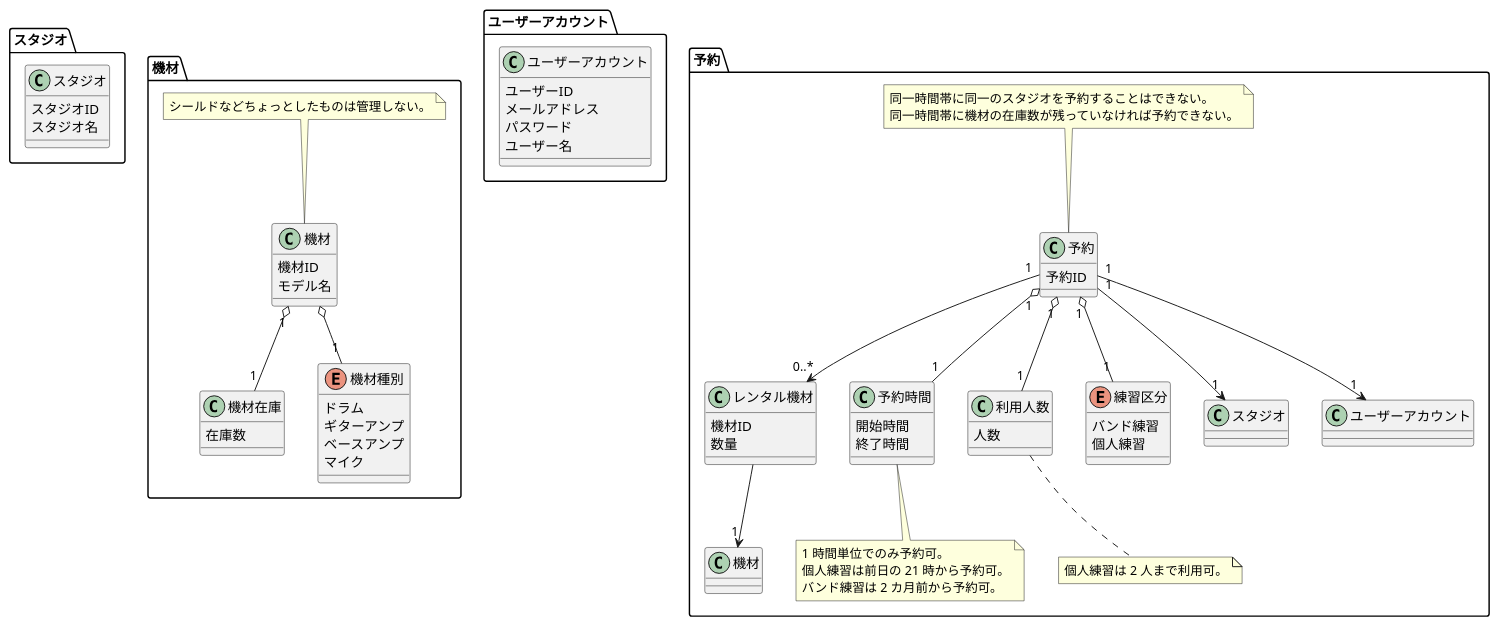
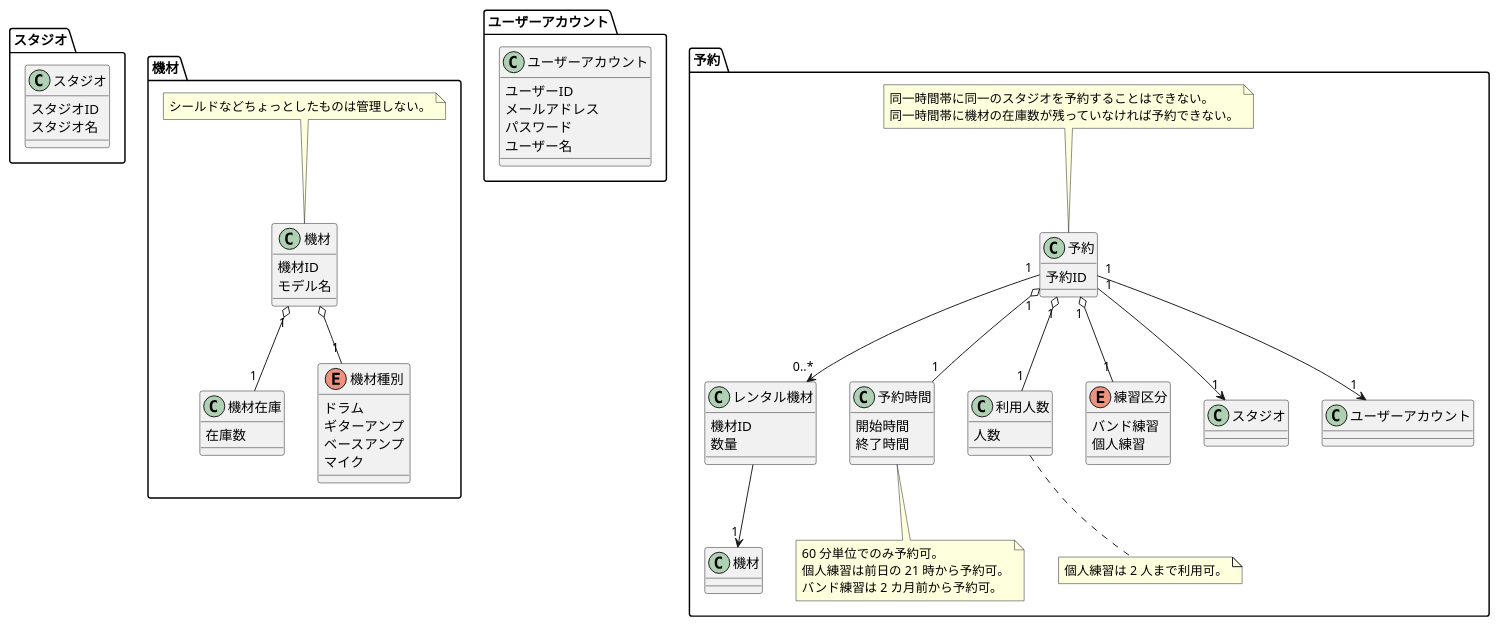
Before and after one commit to TakashiOnawa/ddd-practice-studio-reservation: the diagram in modeling/06_DomainModel.pu, drawn with PlantUML. The commit also changed 15 other files, not shown here.

```diff
--- a/modeling/06_DomainModel.pu
+++ b/modeling/06_DomainModel.pu
@@ -1,92 +1,92 @@
 @startuml DomainModel
 
 package スタジオ {
     class スタジオ {
         スタジオID
         スタジオ名
     }
 }
 
 package 機材 {
     class 機材 {
         機材ID
         モデル名
     }
 
     class 機材在庫 {
         在庫数
     }
 
     enum 機材種別 {
         ドラム
         ギターアンプ
         ベースアンプ
         マイク
     }
 
     機材 o-- "1" 機材種別
     機材 "1" o-- "1" 機材在庫
 
     note top of 機材
     シールドなどちょっとしたものは管理しない。
     end note
 }
 
 package ユーザーアカウント {
     class ユーザーアカウント {
         ユーザーID
         メールアドレス
         パスワード
         ユーザー名
     }
 }
 
 package 予約 {
     class 予約 {
         予約ID
     }
 
     class レンタル機材 {
         機材ID
         数量
     }
 
     class 予約時間 {
         開始時間
         終了時間
     }
 
     class 利用人数 {
         人数
     }
 
     enum 練習区分 {
         バンド練習
         個人練習
     }
 
     予約 "1" --> "1" スタジオ
     予約 "1" --> "1" ユーザーアカウント
     予約 "1" o-- "1" 練習区分
     予約 "1" o-- "1" 予約時間
     予約 "1" o-- "1" 利用人数
     予約 "1" --> "0..*" レンタル機材
     レンタル機材 --> "1" 機材
 
     note top of 予約
     同一時間帯に同一のスタジオを予約することはできない。
     同一時間帯に機材の在庫数が残っていなければ予約できない。
     end note
 
     note bottom of 予約時間
-    1 時間単位でのみ予約可。
+    60 分単位でのみ予約可。
     個人練習は前日の 21 時から予約可。
     バンド練習は 2 カ月前から予約可。
     end note
 
     note bottom of 利用人数
     個人練習は 2 人まで利用可。
     end note
 }
 
 @enduml
```
